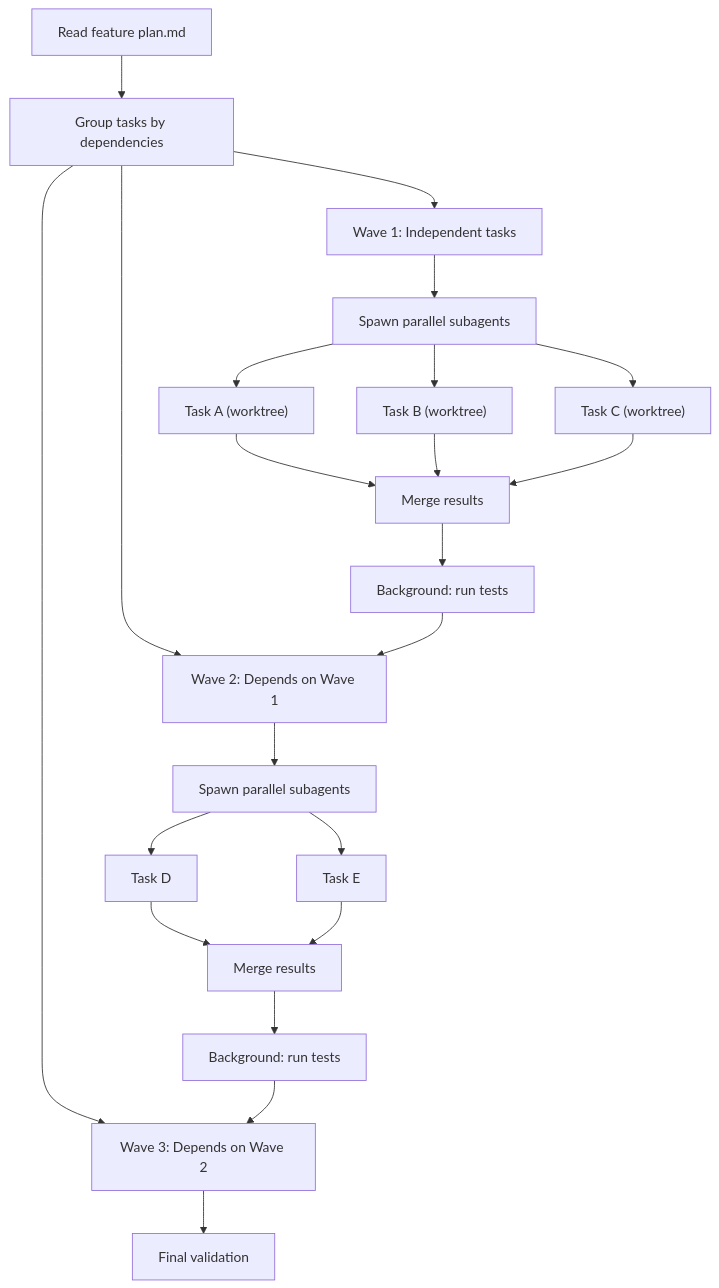
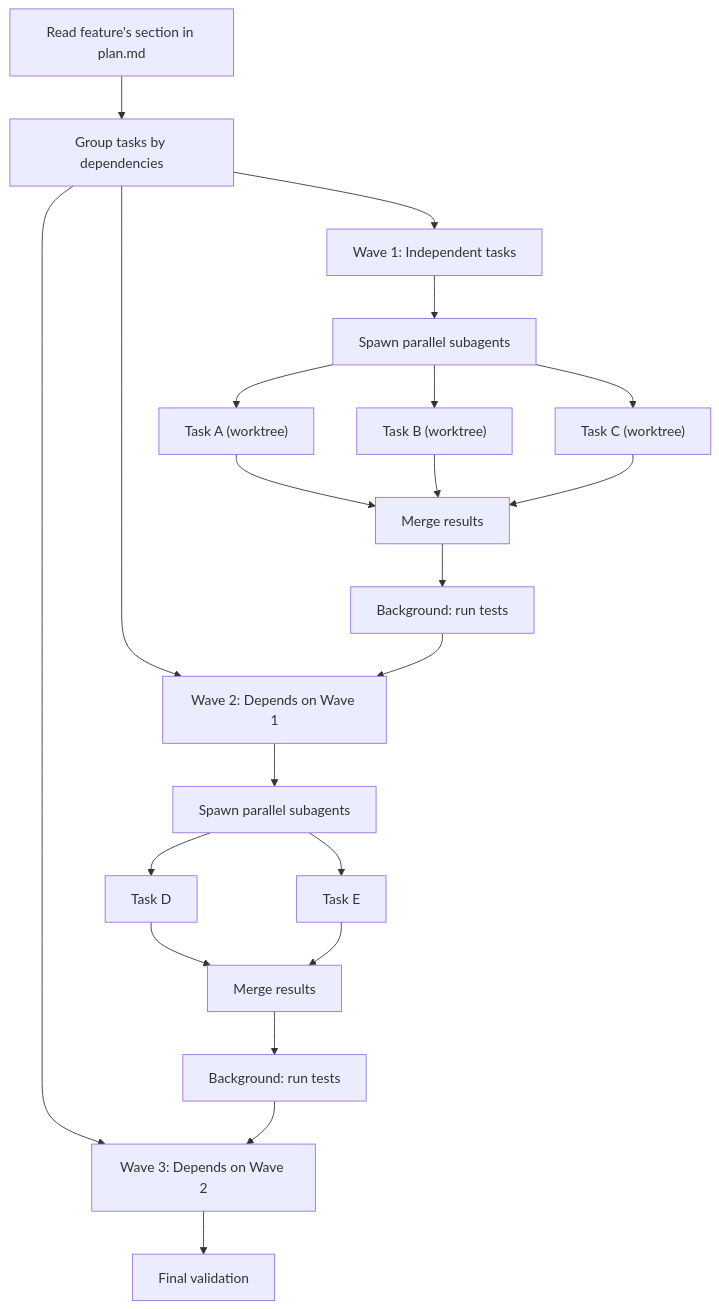
The ninth of 11 diagrams in .spec/product-design.md (LennardZuendorf/vibe), drawn with Mermaid before and after one commit. The commit also changed other lines of this file and 1 other file, not shown here.

First line of the commit message:
update: Design Cluster as project bootstrap, Implementation Cluster per-feature

````diff
--- a/.spec/product-design.md
+++ b/.spec/product-design.md
@@ -323,31 +385,31 @@
 ```mermaid
 flowchart TD
-    PLAN["Read feature plan.md"] --> GROUP["Group tasks by dependencies"]
+    PLAN["Read feature's section in plan.md"] --> GROUP["Group tasks by dependencies"]
     GROUP --> W1["Wave 1: Independent tasks"]
     GROUP --> W2["Wave 2: Depends on Wave 1"]
     GROUP --> W3["Wave 3: Depends on Wave 2"]
 
     W1 --> PAR1["Spawn parallel subagents"]
     PAR1 --> T1A["Task A (worktree)"]
     PAR1 --> T1B["Task B (worktree)"]
     PAR1 --> T1C["Task C (worktree)"]
 
     T1A --> MERGE1["Merge results"]
     T1B --> MERGE1
     T1C --> MERGE1
 
     MERGE1 --> TEST1["Background: run tests"]
     TEST1 --> W2
 
     W2 --> PAR2["Spawn parallel subagents"]
     PAR2 --> T2A["Task D"]
     PAR2 --> T2B["Task E"]
 
     T2A --> MERGE2["Merge results"]
     T2B --> MERGE2
 
     MERGE2 --> TEST2["Background: run tests"]
     TEST2 --> W3
 
     W3 --> FINAL["Final validation"]
 ```
````
